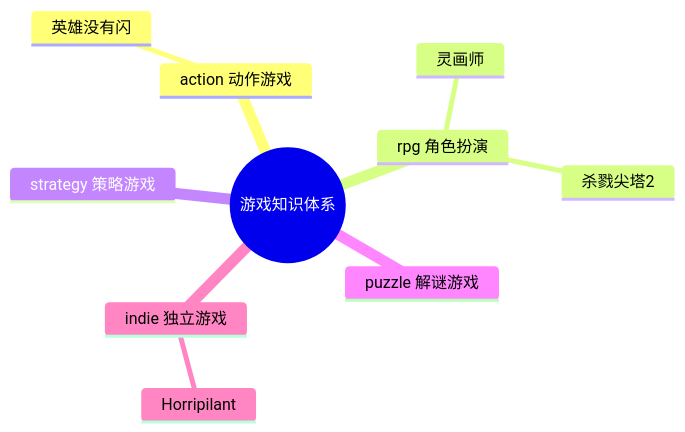
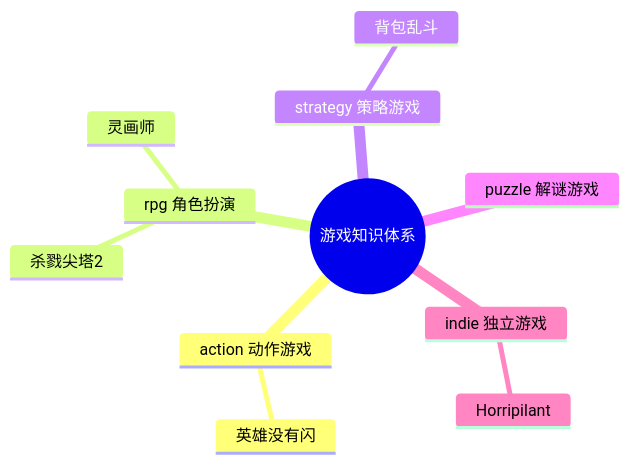
The diagram in games/游戏知识图谱.md (hongyesuifeng/readbooks), drawn with Mermaid before and after one commit. The commit also changed other lines of this file and 1 other file, not shown here.

Commit message:
背包乱斗

````diff
--- a/games/游戏知识图谱.md
+++ b/games/游戏知识图谱.md
@@ -9,13 +9,14 @@
 ```mermaid
 mindmap
   root((游戏知识体系))
     action 动作游戏
       英雄没有闪
     rpg 角色扮演
       杀戮尖塔2
       灵画师
     strategy 策略游戏
+      背包乱斗
     puzzle 解谜游戏
     indie 独立游戏
       Horripilant
 ```
````
